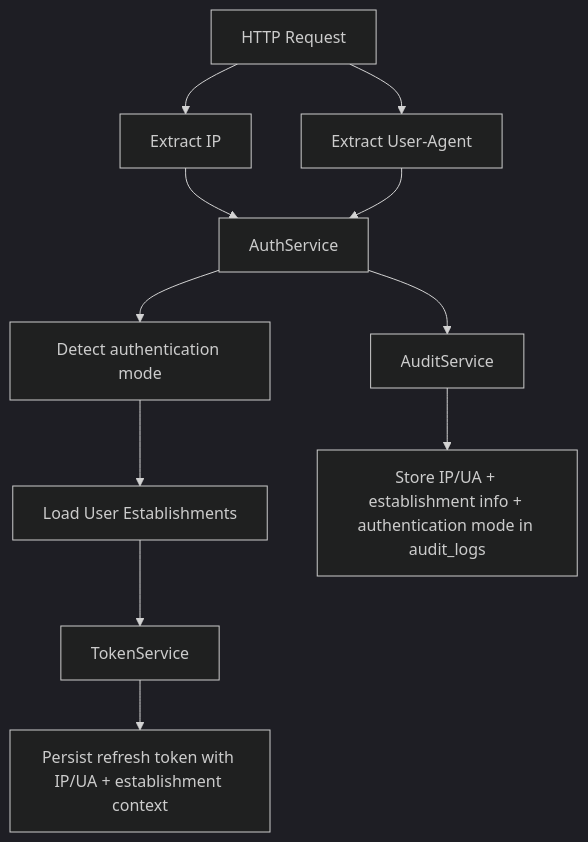
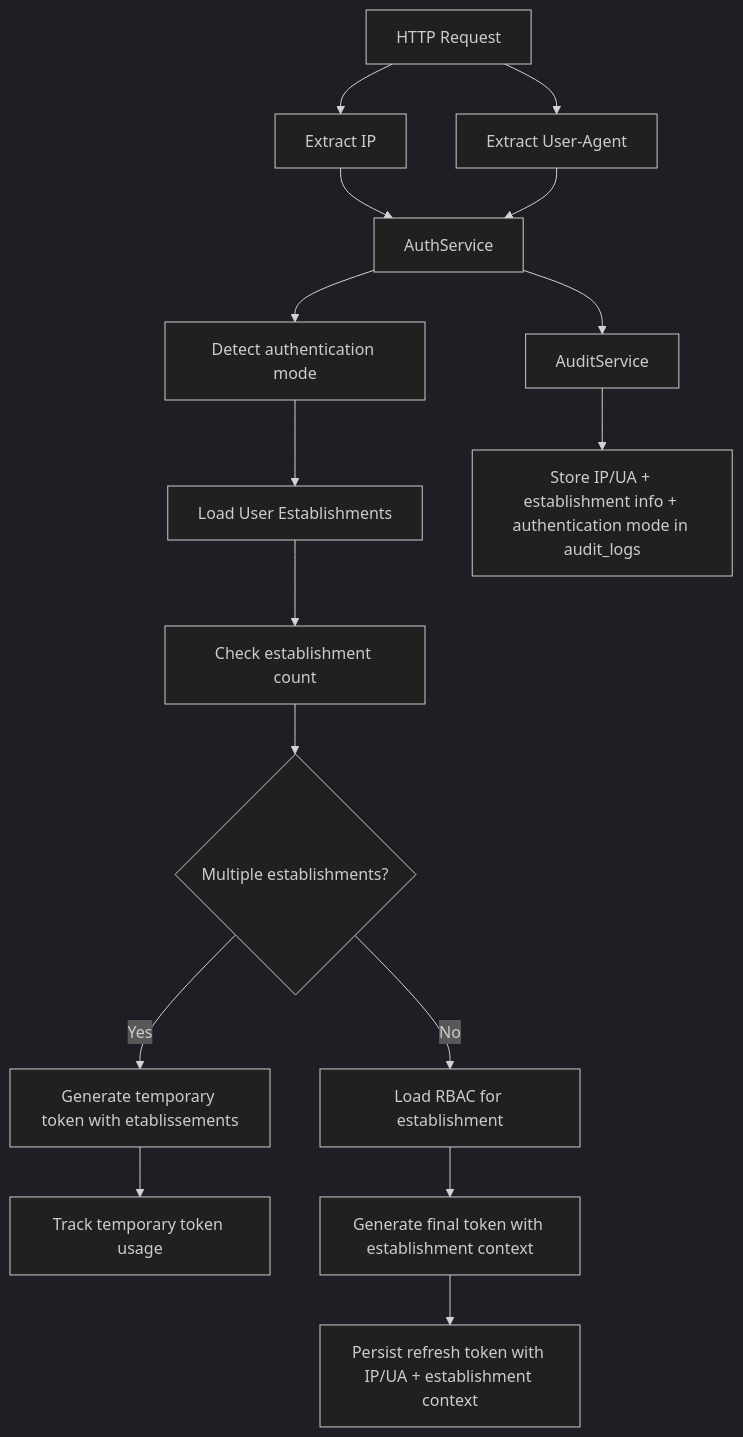
One commit to franckylab/eLISAschool changed diagram 11 of 13 in .qoder/repowiki/en/content/Authentication & Authorization/Authentication Flow.md. Above: the diagram before and after it, drawn with Mermaid (dark theme). The commit also changed other lines of this file and 281 other files, not shown here.

````diff
--- a/.qoder/repowiki/en/content/Authentication & Authorization/Authentication Flow.md
+++ b/.qoder/repowiki/en/content/Authentication & Authorization/Authentication Flow.md
@@ -728,13 +1007,18 @@
 ```mermaid
 flowchart TD
 Req["HTTP Request"] --> IP["Extract IP"]
 Req --> UA["Extract User-Agent"]
 IP --> Svc["AuthService"]
 UA --> Svc
 Svc --> DetectMode["Detect authentication mode"]
 DetectMode --> LoadEst["Load User Establishments"]
-LoadEst --> Tok["TokenService"]
-Tok --> Store["Persist refresh token with IP/UA + establishment context"]
+LoadEst --> CheckCount["Check establishment count"]
+CheckCount --> Multiple{"Multiple establishments?"}
+Multiple --> |Yes| GenTemp["Generate temporary token with etablissements"]
+GenTemp --> TrackTemp["Track temporary token usage"]
+Multiple --> |No| LoadRBAC["Load RBAC for establishment"]
+LoadRBAC --> GenFinal["Generate final token with establishment context"]
+GenFinal --> Store["Persist refresh token with IP/UA + establishment context"]
 Svc --> Aud["AuditService"]
 Aud --> Log["Store IP/UA + establishment info + authentication mode in audit_logs"]
 ```
````
